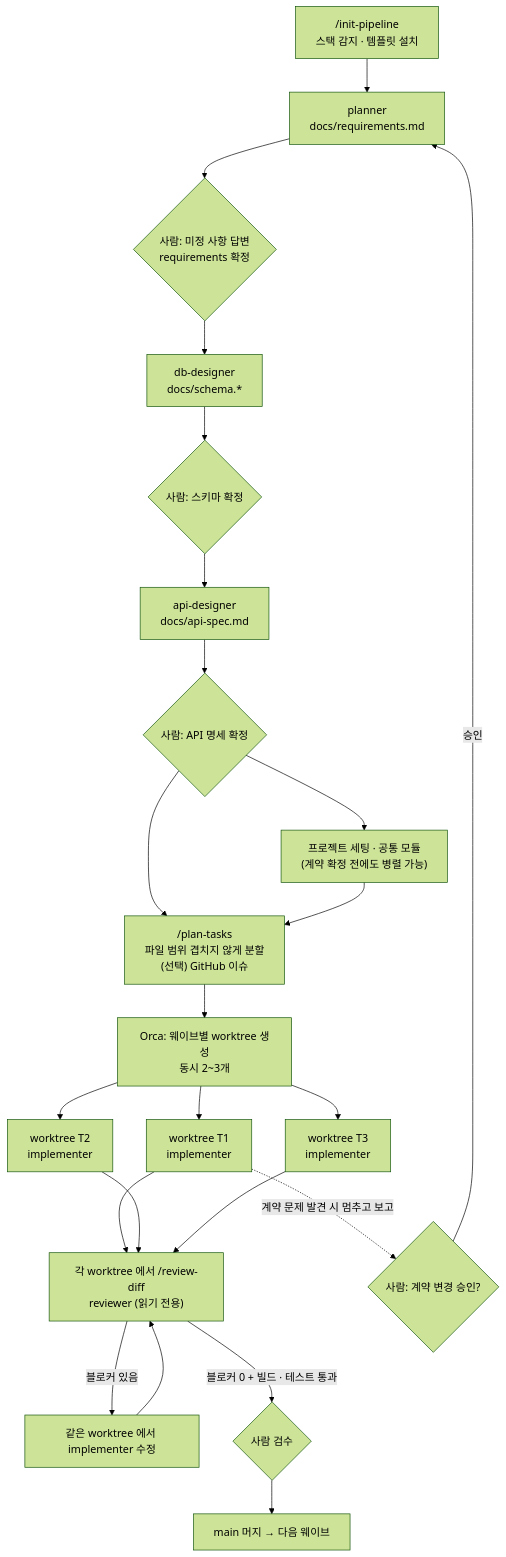
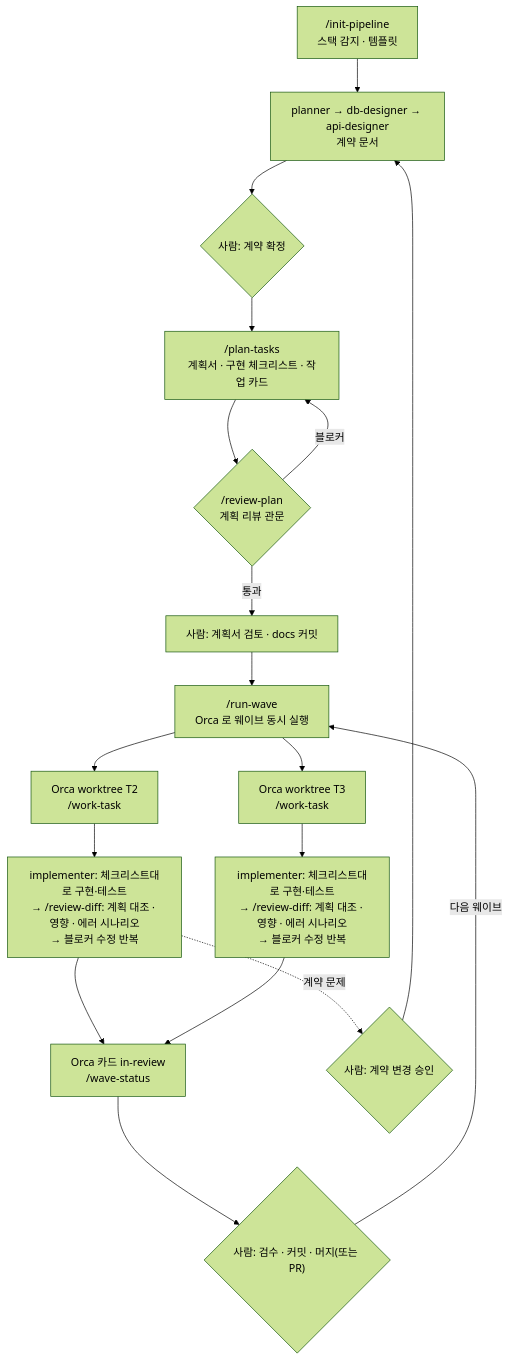
Before and after one commit to HiSoo38/claude-toolkit: the diagram in plugins/dev-pipeline/README.md, drawn with Mermaid (forest theme). The commit also changed other lines of this file, not shown here.

First line of the commit message:
docs(dev-pipeline): 0.2.0 흐름에 맞춰 플러그인 README 다시 쓰기

````diff
--- a/plugins/dev-pipeline/README.md
+++ b/plugins/dev-pipeline/README.md
@@ -194,25 +251,20 @@
 ```mermaid
 flowchart TD
-    A["/init-pipeline<br/>스택 감지 · 템플릿 설치"] --> B["planner<br/>docs/requirements.md"]
-    B --> B2{"사람: 미정 사항 답변<br/>requirements 확정"}
-    B2 --> C["db-designer<br/>docs/schema.*"]
-    C --> C2{"사람: 스키마 확정"}
-    C2 --> D["api-designer<br/>docs/api-spec.md"]
-    D --> D2{"사람: API 명세 확정"}
-    D2 --> S["프로젝트 세팅 · 공통 모듈<br/>(계약 확정 전에도 병렬 가능)"]
-    D2 --> E["/plan-tasks<br/>파일 범위 겹치지 않게 분할<br/>(선택) GitHub 이슈"]
-    S --> E
-    E --> F["Orca: 웨이브별 worktree 생성<br/>동시 2~3개"]
-    F --> G1["worktree T1<br/>implementer"]
-    F --> G2["worktree T2<br/>implementer"]
-    F --> G3["worktree T3<br/>implementer"]
-    G1 --> H["각 worktree 에서 /review-diff<br/>reviewer (읽기 전용)"]
-    G2 --> H
-    G3 --> H
-    H -->|블로커 있음| I["같은 worktree 에서 implementer 수정"]
-    I --> H
-    H -->|블로커 0 + 빌드 · 테스트 통과| J{"사람 검수"}
-    J --> K["main 머지 → 다음 웨이브"]
-    G1 -.->|계약 문제 발견 시 멈추고 보고| L{"사람: 계약 변경 승인?"}
-    L -->|승인| B
+    A["/init-pipeline<br/>스택 감지 · 템플릿"] --> B["planner → db-designer → api-designer<br/>계약 문서"]
+    B --> H1{"사람: 계약 확정"}
+    H1 --> P["/plan-tasks<br/>계획서 · 구현 체크리스트 · 작업 카드"]
+    P --> PR{"/review-plan<br/>계획 리뷰 관문"}
+    PR -->|블로커| P
+    PR -->|통과| C1["사람: 계획서 검토 · docs 커밋"]
+    C1 --> R["/run-wave<br/>Orca 로 웨이브 동시 실행"]
+    R --> W1["Orca worktree T2<br/>/work-task"]
+    R --> W2["Orca worktree T3<br/>/work-task"]
+    W1 --> L1["implementer: 체크리스트대로 구현·테스트<br/>→ /review-diff: 계획 대조 · 영향 · 에러 시나리오<br/>→ 블로커 수정 반복"]
+    W2 --> L2["implementer: 체크리스트대로 구현·테스트<br/>→ /review-diff: 계획 대조 · 영향 · 에러 시나리오<br/>→ 블로커 수정 반복"]
+    L1 --> S["Orca 카드 in-review<br/>/wave-status"]
+    L2 --> S
+    S --> H2{"사람: 검수 · 커밋 · 머지(또는 PR)"}
+    H2 -->|다음 웨이브| R
+    L1 -.->|계약 문제| X{"사람: 계약 변경 승인"}
+    X --> B
 ```
````
